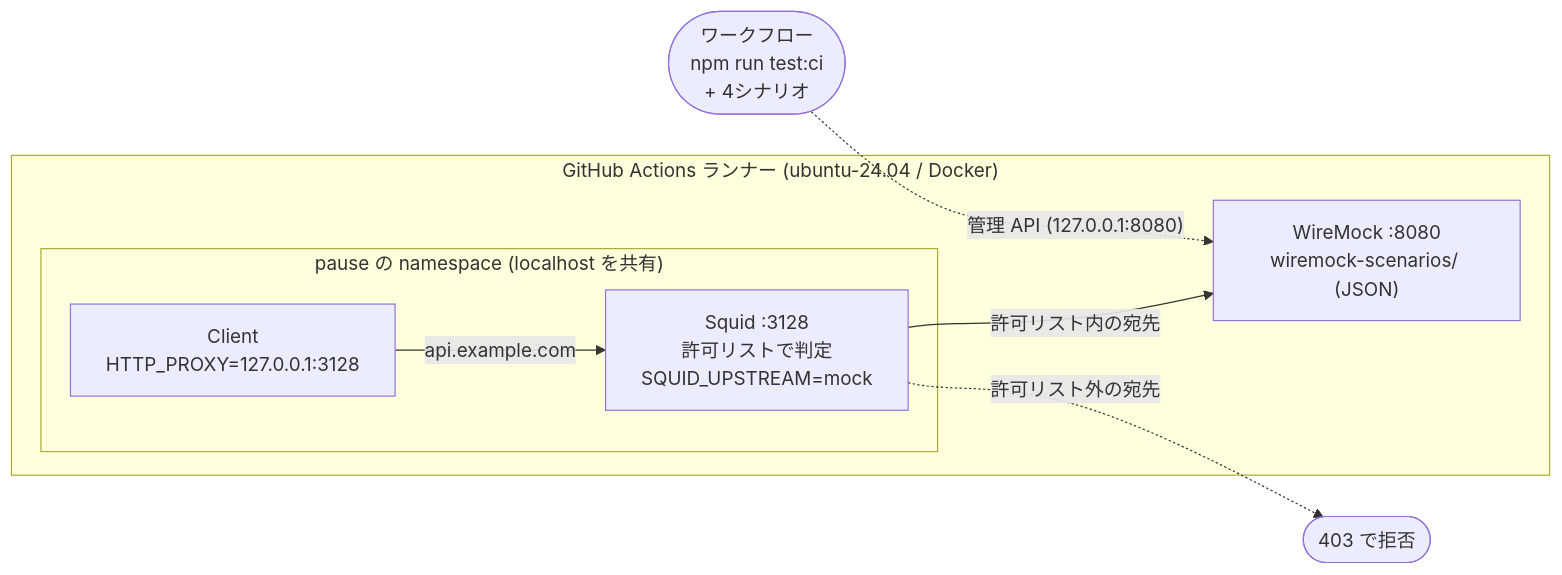
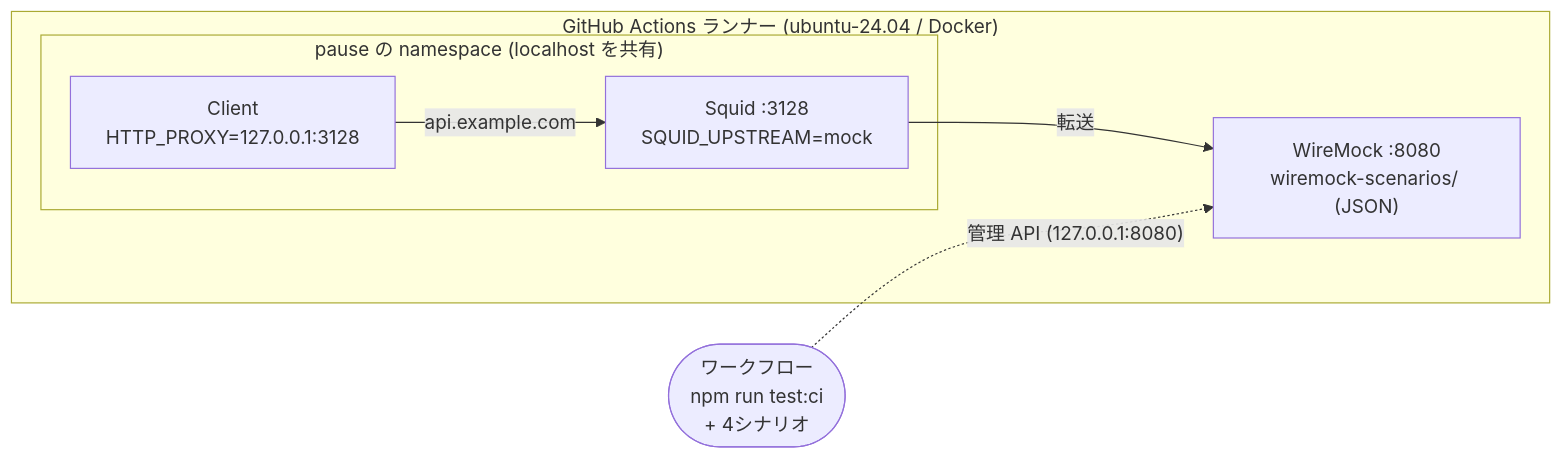
One commit to satoshi256kbyte/squid-wiremock-sidecar changed the second of 3 diagrams in README.md. Above: the diagram before and after it, drawn with Mermaid. The commit also changed other lines of this file, not shown here.

````diff
--- a/README.md
+++ b/README.md
@@ -59,14 +52,13 @@
 ```mermaid
 flowchart LR
   subgraph Runner["GitHub Actions ランナー (ubuntu-24.04 / Docker)"]
     subgraph NS["pause の namespace (localhost を共有)"]
       Client["Client<br/>HTTP_PROXY=127.0.0.1:3128"]
-      Squid["Squid :3128<br/>許可リストで判定<br/>SQUID_UPSTREAM=mock"]
+      Squid["Squid :3128<br/>SQUID_UPSTREAM=mock"]
       Client -->|"api.example.com"| Squid
     end
     WM["WireMock :8080<br/>wiremock-scenarios/ (JSON)"]
-    Squid -->|"許可リスト内の宛先"| WM
+    Squid -->|"転送"| WM
   end
   WF(["ワークフロー<br/>npm run test:ci<br/>+ 4シナリオ"]) -.->|"管理 API (127.0.0.1:8080)"| WM
-  Squid -. "許可リスト外の宛先" .-> X(["403 で拒否"])
 ```
````
